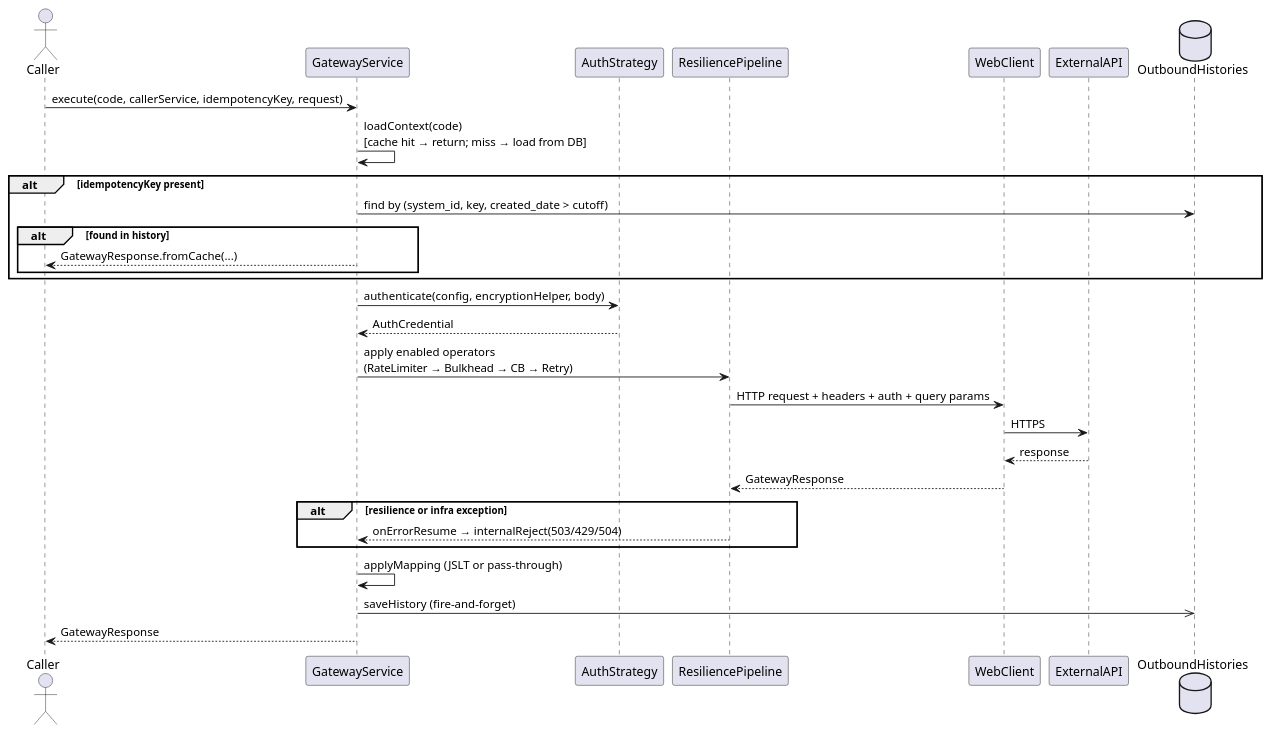
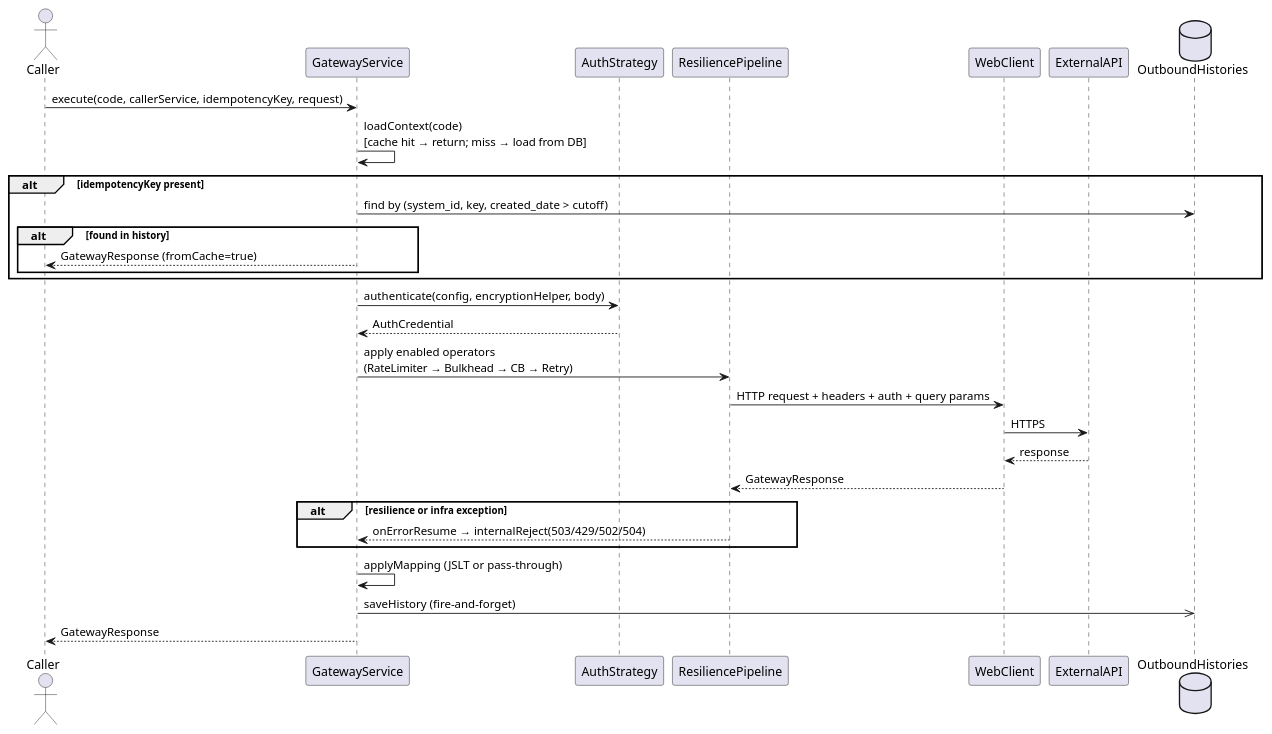
One commit to nantaaditya/outbound-gateway changed the second of 4 diagrams in README.md. Above: the diagram before and after it, drawn with PlantUML. The commit also changed other lines of this file and 11 other files, not shown here.

````diff
--- a/README.md
+++ b/README.md
@@ -85,38 +91,38 @@
 ```plantuml
 @startuml
 actor Caller
 participant GatewayService
 participant AuthStrategy
 participant ResiliencePipeline
 participant WebClient
 participant ExternalAPI
 database OutboundHistories
 
 Caller -> GatewayService : execute(code, callerService, idempotencyKey, request)
 GatewayService -> GatewayService : loadContext(code)\n[cache hit → return; miss → load from DB]
 
 alt idempotencyKey present
   GatewayService -> OutboundHistories : find by (system_id, key, created_date > cutoff)
   alt found in history
-    GatewayService --> Caller : GatewayResponse.fromCache(...)
+    GatewayService --> Caller : GatewayResponse (fromCache=true)
   end
 end
 
 GatewayService -> AuthStrategy : authenticate(config, encryptionHelper, body)
 AuthStrategy --> GatewayService : AuthCredential
 
 GatewayService -> ResiliencePipeline : apply enabled operators\n(RateLimiter → Bulkhead → CB → Retry)
 ResiliencePipeline -> WebClient : HTTP request + headers + auth + query params
 WebClient -> ExternalAPI : HTTPS
 ExternalAPI --> WebClient : response
 WebClient --> ResiliencePipeline : GatewayResponse
 
 alt resilience or infra exception
-  ResiliencePipeline --> GatewayService : onErrorResume → internalReject(503/429/504)
+  ResiliencePipeline --> GatewayService : onErrorResume → internalReject(503/429/502/504)
 end
 
 GatewayService -> GatewayService : applyMapping (JSLT or pass-through)
 GatewayService ->> OutboundHistories : saveHistory (fire-and-forget)
 GatewayService --> Caller : GatewayResponse
 @enduml
 ```
````
